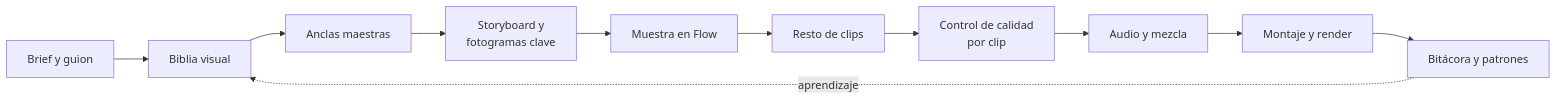
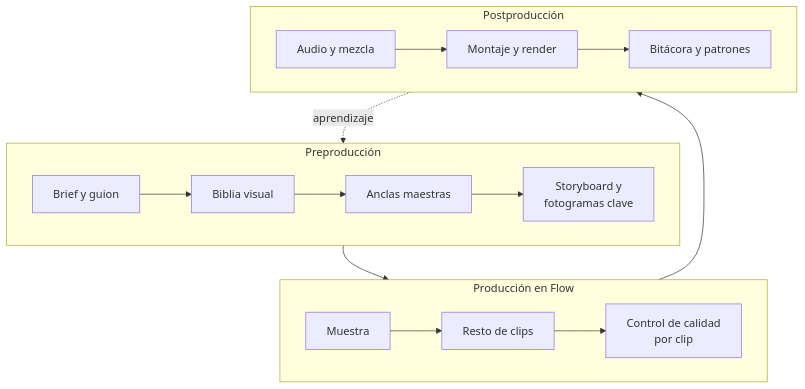
One commit to Dvanielx03/googleflow-studio changed the diagram in README.md. Above: the diagram before and after it, drawn with Mermaid.

Commit message:
:lipstick: ImprovePipelineDiagramLayout

````diff
--- a/README.md
+++ b/README.md
@@ -45,13 +45,17 @@
 ```mermaid
-flowchart LR
-    A[Brief y guion] --> B[Biblia visual]
-    B --> C[Anclas maestras]
-    C --> D[Storyboard y<br/>fotogramas clave]
-    D --> E[Muestra en Flow]
-    E --> F[Resto de clips]
-    F --> G[Control de calidad<br/>por clip]
-    G --> H[Audio y mezcla]
-    H --> I[Montaje y render]
-    I --> J[Bitácora y patrones]
+flowchart TB
+    subgraph PRE [Preproducción]
+        direction LR
+        A[Brief y guion] --> B[Biblia visual] --> C[Anclas maestras] --> D[Storyboard y<br/>fotogramas clave]
+    end
+    subgraph PRO [Producción en Flow]
+        direction LR
+        E[Muestra] --> F[Resto de clips] --> G[Control de calidad<br/>por clip]
+    end
+    subgraph POST [Postproducción]
+        direction LR
+        H[Audio y mezcla] --> I[Montaje y render] --> J[Bitácora y patrones]
+    end
+    PRE --> PRO --> POST
     J -. aprendizaje .-> B
 ```
````
